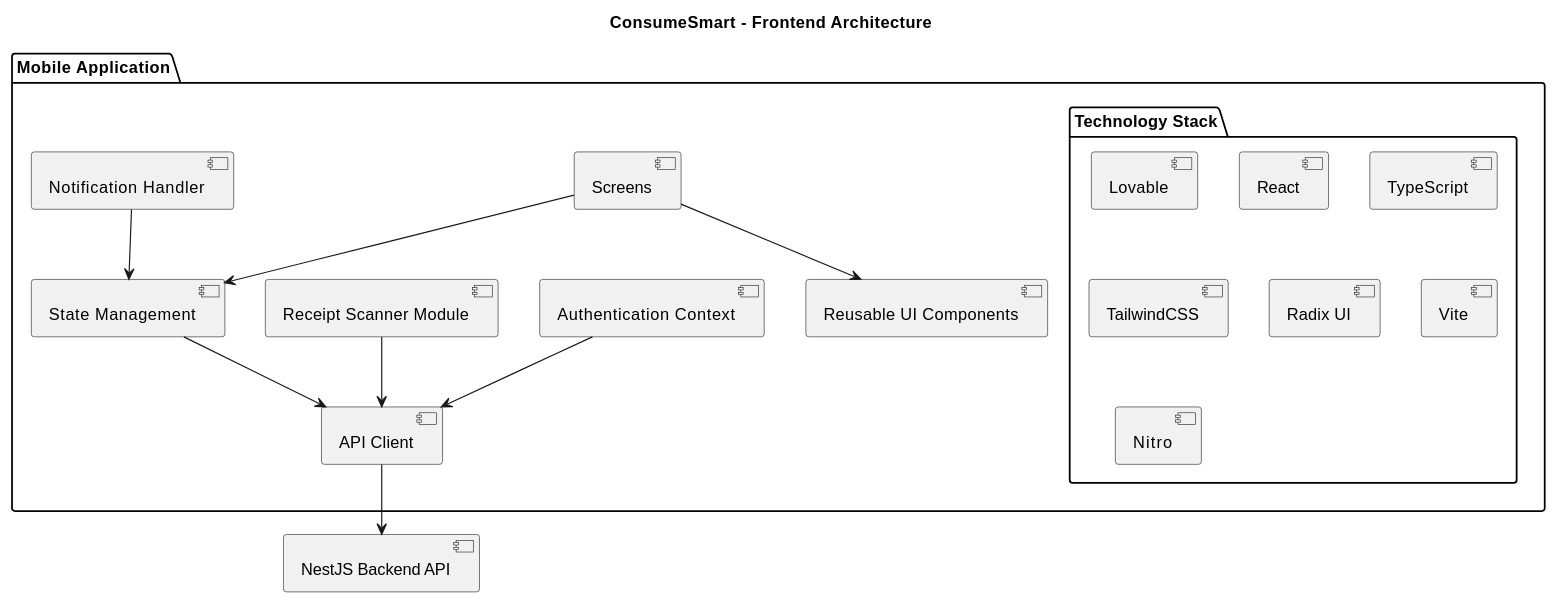
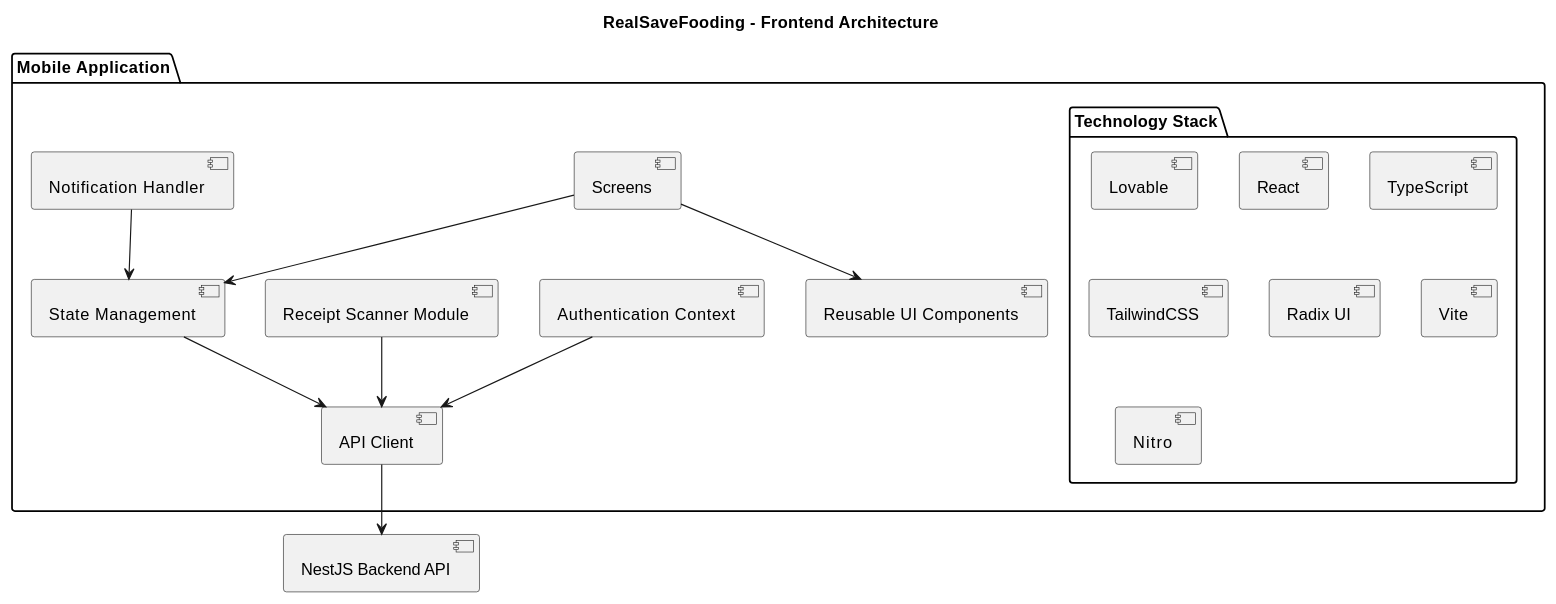
The first of 6 diagrams in docs/architecture/architecture.md (LIDR-academy/AI4Devs-finalproject), drawn with PlantUML before and after one commit. The commit also changed other lines of this file and 12 other files, not shown here.

Commit message:
Refactor project wrong references from ConsumeSmart to RealSaveFooding across documentation and configuration files

````diff
--- a/docs/architecture/architecture.md
+++ b/docs/architecture/architecture.md
@@ -6,38 +6,38 @@
 ```plantuml
 @startuml
-title ConsumeSmart - Frontend Architecture
+title RealSaveFooding - Frontend Architecture
 
 package "Mobile Application" {
 
     [Screens] as Screens
     [Reusable UI Components] as Components
     [State Management] as State
     [API Client] as ApiClient
     [Authentication Context] as Auth
     [Receipt Scanner Module] as Scanner
     [Notification Handler] as Notifications
 
     package "Technology Stack" {
         [Lovable]
         [React]
         [TypeScript]
         [TailwindCSS]
         [Radix UI]
         [Vite]
         [Nitro]
     }
 
     Screens --> Components
     Screens --> State
 
     Scanner --> ApiClient
     Notifications --> State
 
     State --> ApiClient
     Auth --> ApiClient
 }
 
 ApiClient --> [NestJS Backend API]
 
 @enduml
 ```
````
